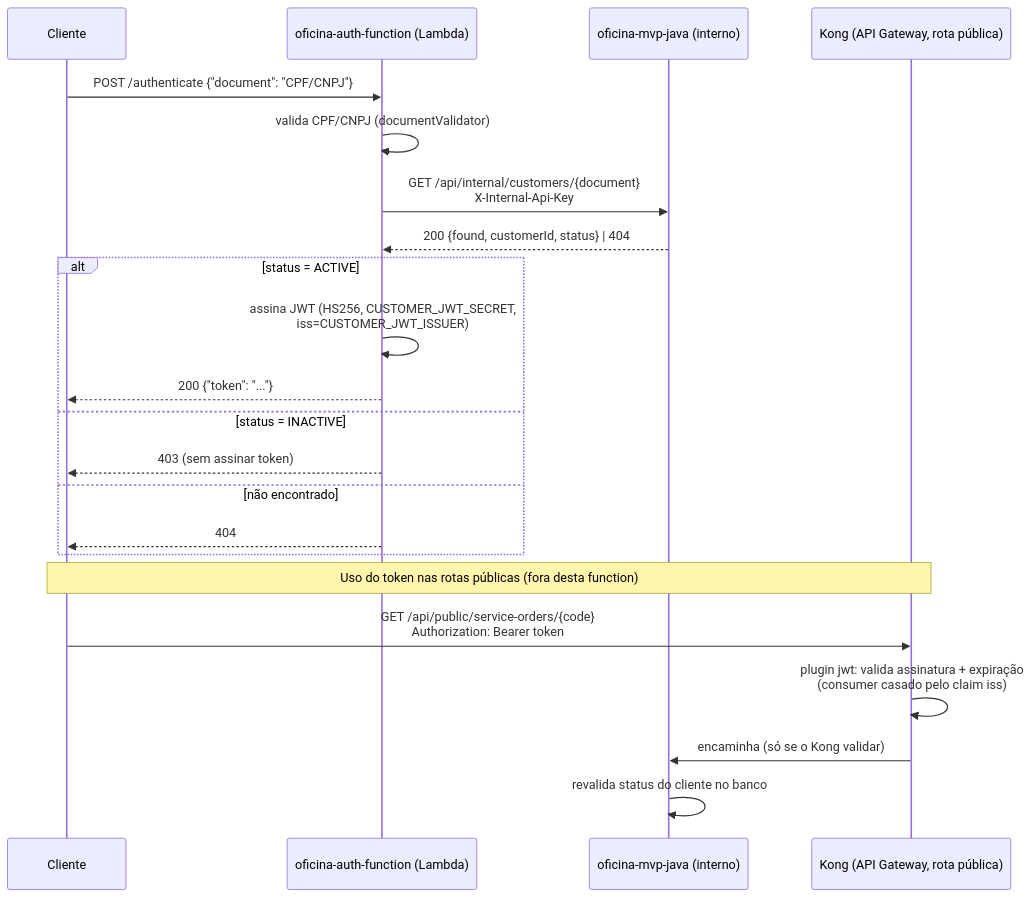
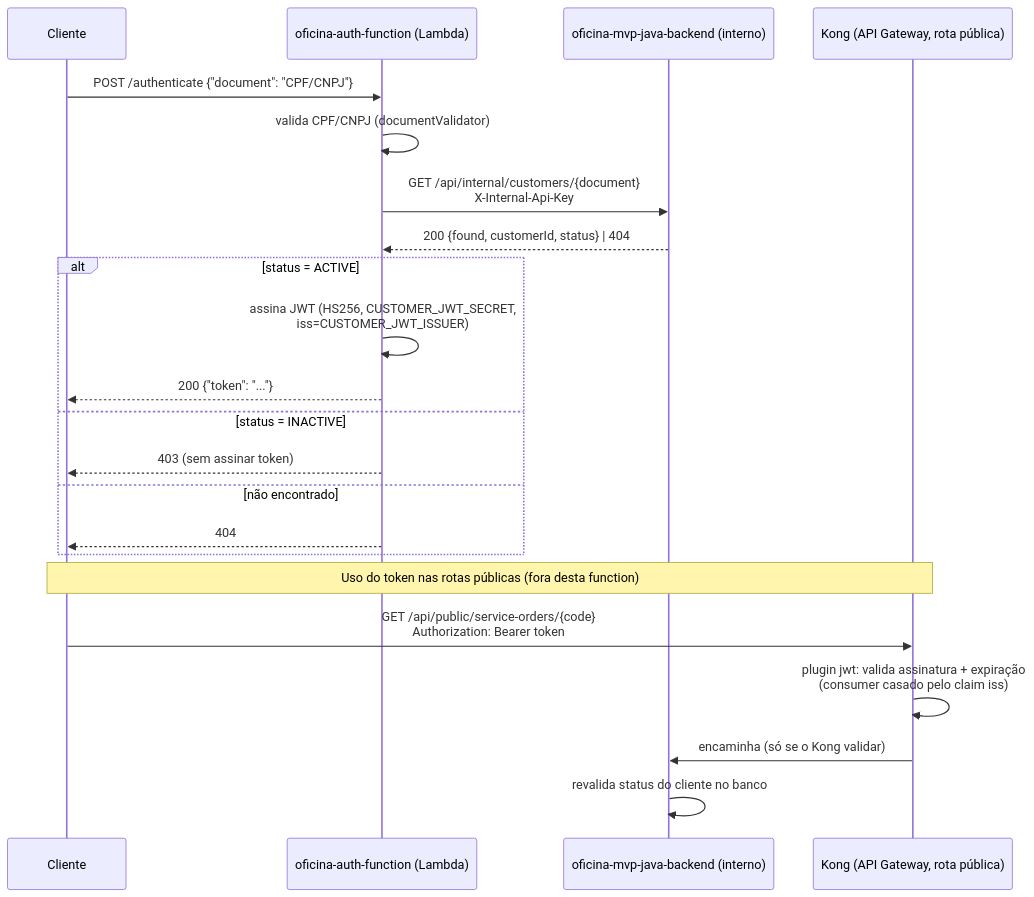
The diagram in README.md (lukebria/oficina-auth-function), drawn with Mermaid before and after one commit. The commit also changed other lines of this file, not shown here.

````diff
--- a/README.md
+++ b/README.md
@@ -42,26 +71,26 @@
 ```mermaid
 sequenceDiagram
     participant Cliente
     participant Function as oficina-auth-function (Lambda)
-    participant Backend as oficina-mvp-java (interno)
+    participant Backend as oficina-mvp-java-backend (interno)
     participant Kong as Kong (API Gateway, rota pública)
 
     Cliente->>Function: POST /authenticate {"document": "CPF/CNPJ"}
     Function->>Function: valida CPF/CNPJ (documentValidator)
     Function->>Backend: GET /api/internal/customers/{document}<br/>X-Internal-Api-Key
     Backend-->>Function: 200 {found, customerId, status} | 404
     alt status = ACTIVE
         Function->>Function: assina JWT (HS256, CUSTOMER_JWT_SECRET,<br/>iss=CUSTOMER_JWT_ISSUER)
         Function-->>Cliente: 200 {"token": "..."}
     else status = INACTIVE
         Function-->>Cliente: 403 (sem assinar token)
     else não encontrado
         Function-->>Cliente: 404
     end
 
     Note over Cliente,Kong: Uso do token nas rotas públicas (fora desta function)
     Cliente->>Kong: GET /api/public/service-orders/{code}<br/>Authorization: Bearer token
     Kong->>Kong: plugin jwt: valida assinatura + expiração<br/>(consumer casado pelo claim iss)
     Kong->>Backend: encaminha (só se o Kong validar)
     Backend->>Backend: revalida status do cliente no banco
 ```
````
